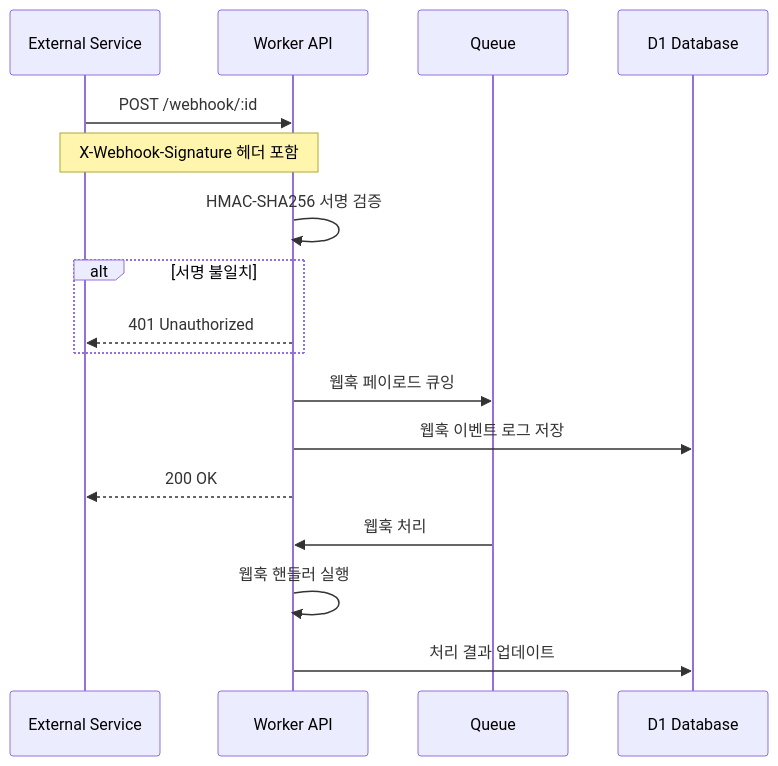
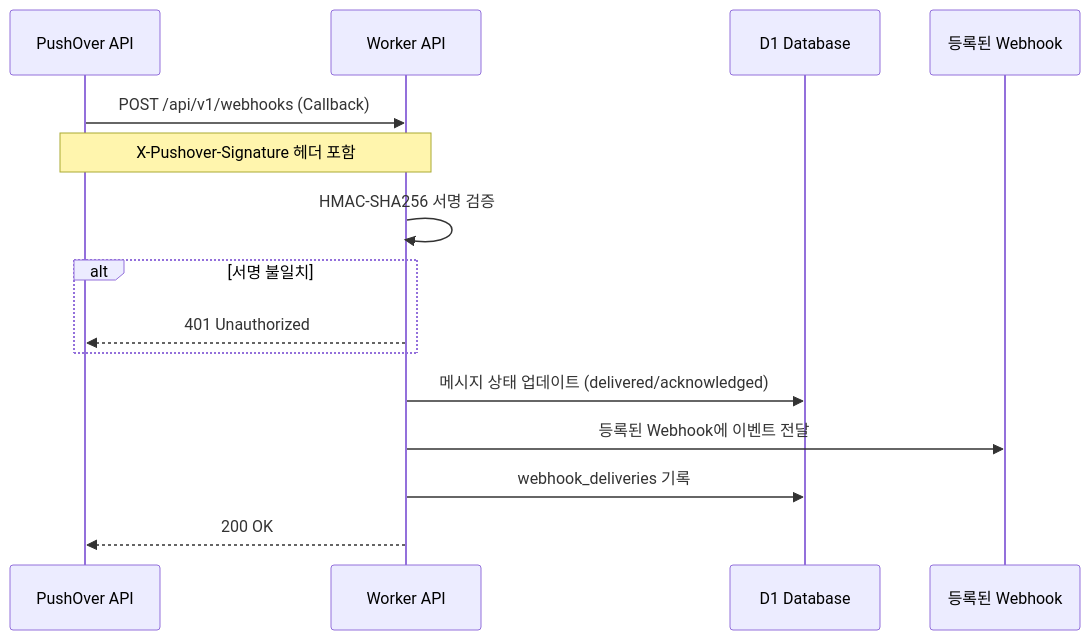
One commit to deuxksy/PushOver changed the fourth of 5 diagrams in README.md. Above: the diagram before and after it, drawn with Mermaid. The commit also changed other lines of this file, not shown here.

````diff
--- a/README.md
+++ b/README.md
@@ -100,23 +87,20 @@
 ```mermaid
 sequenceDiagram
-    participant E as External Service
+    participant PO as PushOver API
     participant W as Worker API
-    participant Q as Queue
     participant D1 as D1 Database
+    participant EXT as 등록된 Webhook
 
-    E->>W: POST /webhook/:id
-    Note over E,W: X-Webhook-Signature 헤더 포함
+    PO->>W: POST /api/v1/webhooks (Callback)
+    Note over PO,W: X-Pushover-Signature 헤더 포함
 
     W->>W: HMAC-SHA256 서명 검증
     alt 서명 불일치
-        W-->>E: 401 Unauthorized
+        W-->>PO: 401 Unauthorized
     end
 
-    W->>Q: 웹훅 페이로드 큐잉
-    W->>D1: 웹훅 이벤트 로그 저장
-    W-->>E: 200 OK
-
-    Q->>W: 웹훅 처리
-    W->>W: 웹훅 핸들러 실행
-    W->>D1: 처리 결과 업데이트
+    W->>D1: 메시지 상태 업데이트 (delivered/acknowledged)
+    W->>EXT: 등록된 Webhook에 이벤트 전달
+    W->>D1: webhook_deliveries 기록
+    W-->>PO: 200 OK
 ```
````
